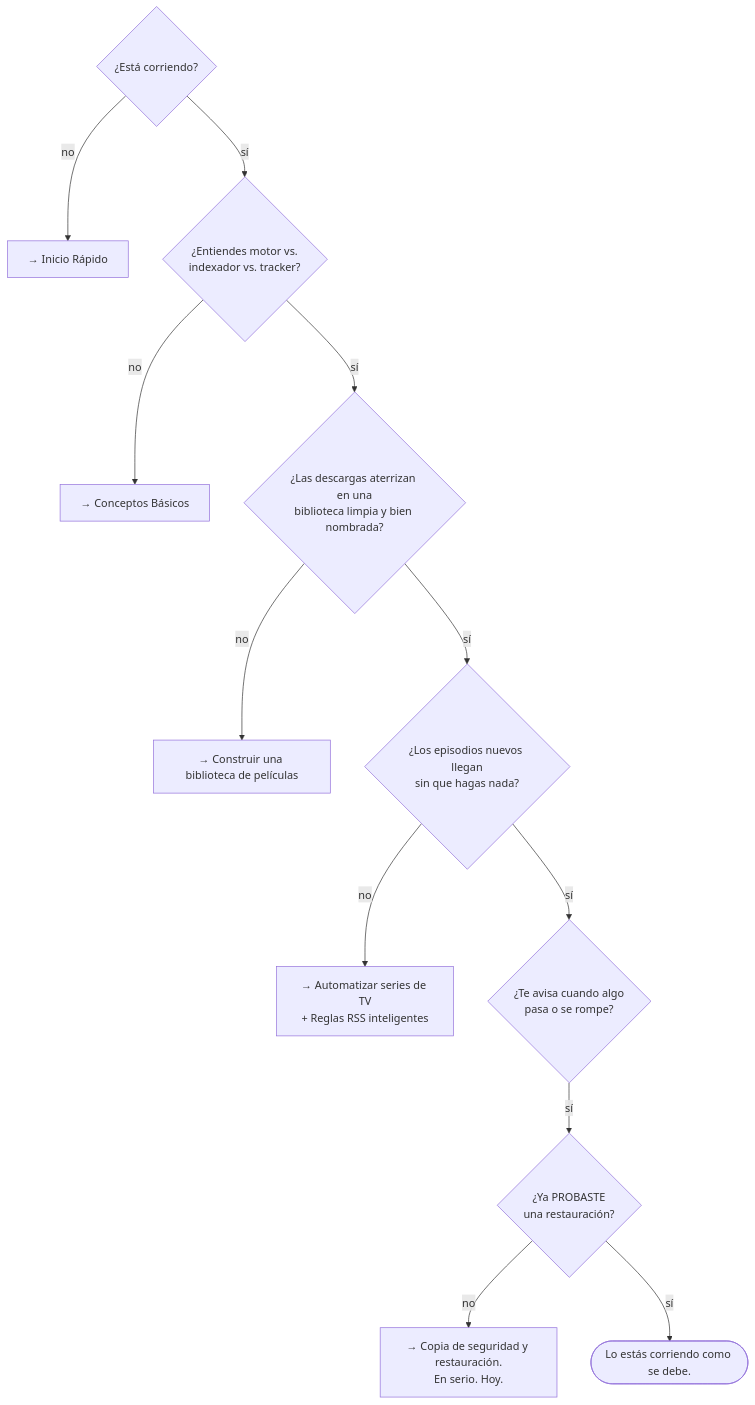
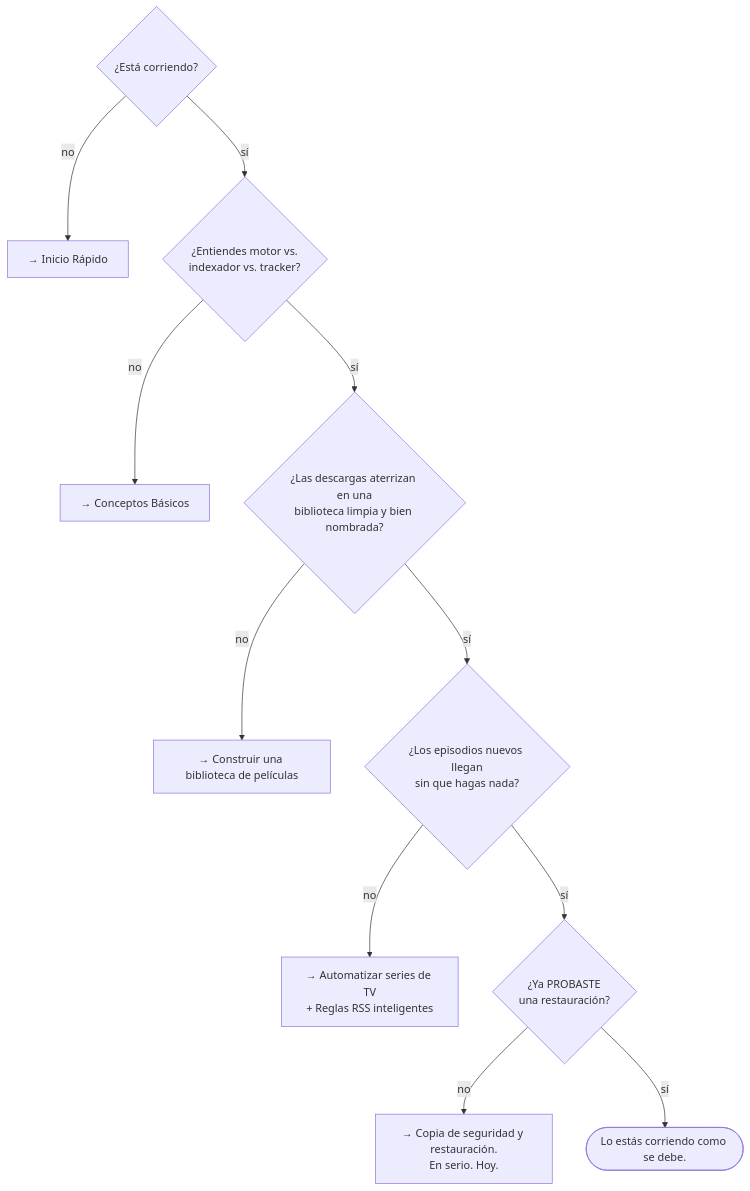
Before and after one commit to damirabal/ultratorrent-core: the second of 2 diagrams in website/i18n/es-PR/docusaurus-plugin-content-docs/current/learn/tutorials/index.md, drawn with Mermaid. The commit also changed other lines of this file and 63 other files, not shown here.

````diff
--- a/website/i18n/es-PR/docusaurus-plugin-content-docs/current/learn/tutorials/index.md
+++ b/website/i18n/es-PR/docusaurus-plugin-content-docs/current/learn/tutorials/index.md
@@ -153,15 +153,14 @@
 ```mermaid
 flowchart TB
   Q1{"¿Está corriendo?"}
   Q1 -->|"no"| P1["→ Inicio Rápido"]
   Q1 -->|"sí"| Q2{"¿Entiendes motor vs.<br/>indexador vs. tracker?"}
   Q2 -->|"no"| P2["→ Conceptos Básicos"]
   Q2 -->|"sí"| Q3{"¿Las descargas aterrizan en una<br/>biblioteca limpia y bien nombrada?"}
   Q3 -->|"no"| P3["→ Construir una biblioteca de películas"]
   Q3 -->|"sí"| Q4{"¿Los episodios nuevos llegan<br/>sin que hagas nada?"}
   Q4 -->|"no"| P4["→ Automatizar series de TV<br/>+ Reglas RSS inteligentes"]
-  Q4 -->|"sí"| Q5{"¿Te avisa cuando algo<br/>pasa o se rompe?"}
-  Q5 -->|"sí"| Q6{"¿Ya PROBASTE<br/>una restauración?"}
+  Q4 -->|"sí"| Q6{"¿Ya PROBASTE<br/>una restauración?"}
   Q6 -->|"no"| P6["→ Copia de seguridad y restauración.<br/>En serio. Hoy."]
   Q6 -->|"sí"| DONE(["Lo estás corriendo como se debe."])
 ```
````
